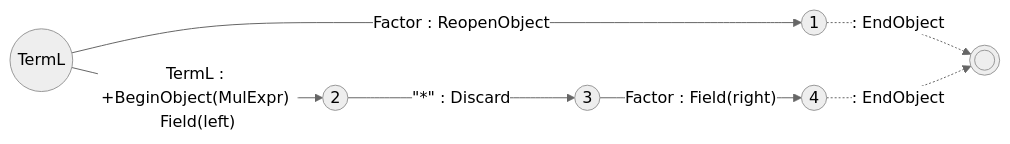
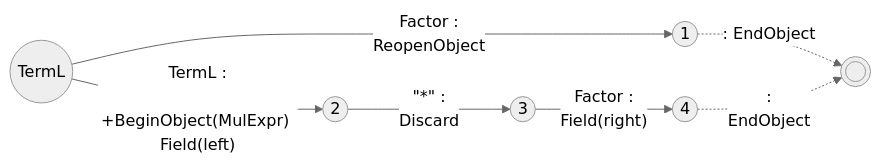
Before and after one commit to vczh-websites/vczh: the sixth of 20 diagrams in Blog/GLR-Refactoring/Mermaid.md, drawn with Mermaid (neutral theme). The commit also changed other lines of this file, not shown here.

````diff
--- a/Blog/GLR-Refactoring/Mermaid.md
+++ b/Blog/GLR-Refactoring/Mermaid.md
@@ -70,9 +82,14 @@
 ```mermaid
 graph LR
-  S((TermL))-- Factor : ReopenObject --> 1
+  S((TermL))-- Factor :
+    ReopenObject --> 1
   1((1))-. : EndObject .->E((( )))
-  S-- TermL : +BeginObject(MulExpr) Field(left) -->2
-  2((2))-- #quot;*#quot; : Discard -->3
-  3((3))-- Factor : Field(right) --> 4
-  4((4))-. : EndObject .->E
+  S-- TermL :
+    +BeginObject(MulExpr) Field(left) -->2
+  2((2))-- #quot;*#quot; :
+    Discard -->3
+  3((3))-- Factor :
+    Field(right) --> 4
+  4((4))-. :
+    EndObject .->E
 ```
````
